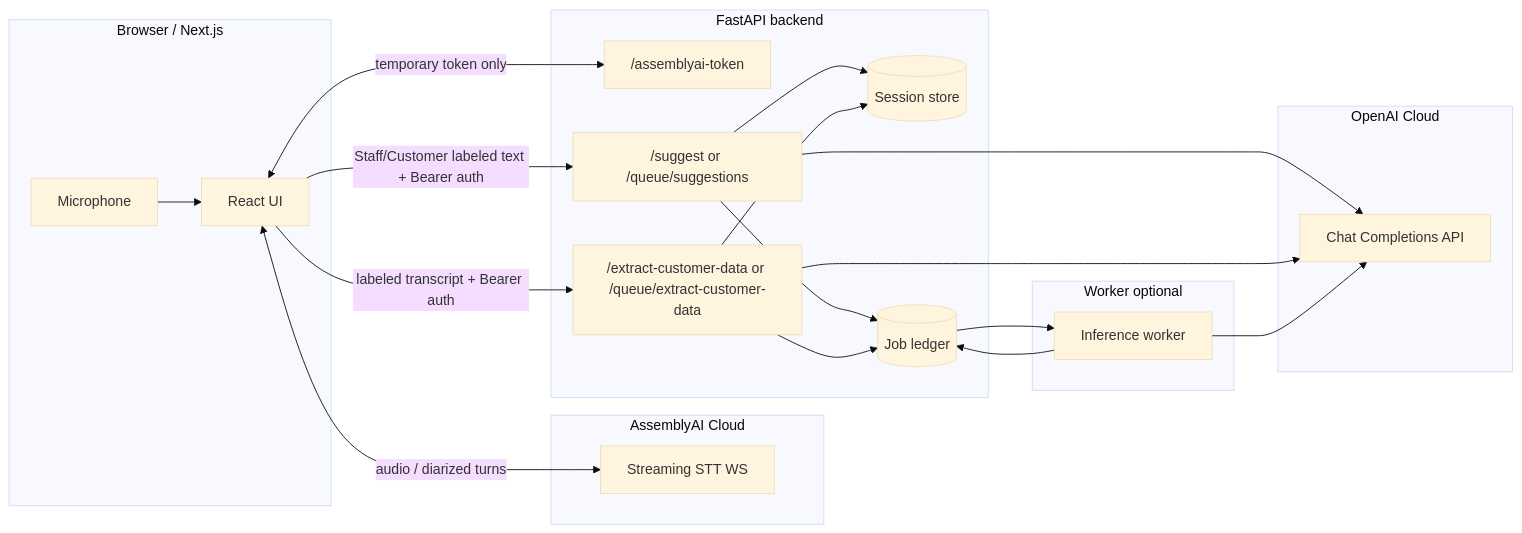
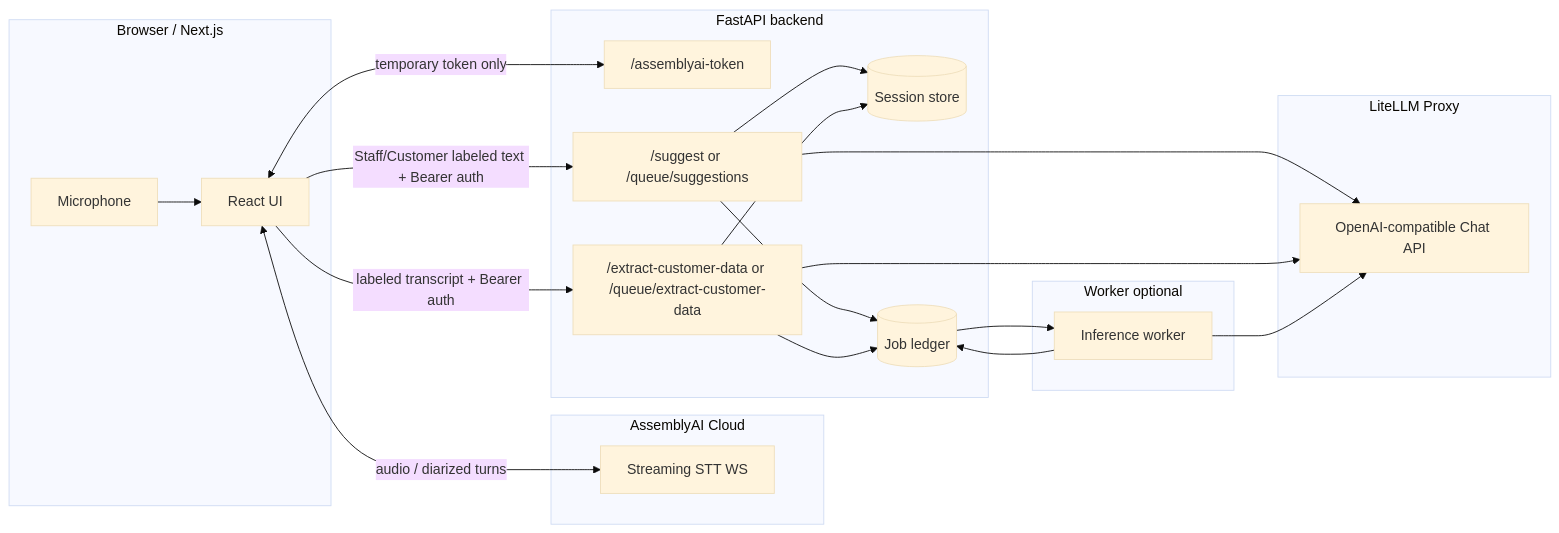
The diagram in docs/DATA_SCIENCE_AND_OPS.md (bhavesh-chainani/realtime-conversation-intelligence), drawn with Mermaid (base theme) before and after one commit. The commit also changed other lines of this file and 21 other files, not shown here.

````diff
--- a/docs/DATA_SCIENCE_AND_OPS.md
+++ b/docs/DATA_SCIENCE_AND_OPS.md
@@ -30,42 +31,42 @@
 ```mermaid
 flowchart LR
   subgraph client [Browser / Next.js]
     Mic[Microphone]
     UI[React UI]
   end
 
   subgraph stt [AssemblyAI Cloud]
     AAI_WS[Streaming STT WS]
   end
 
   subgraph api [FastAPI backend]
     Token["/assemblyai-token"]
     Suggest["/suggest or /queue/suggestions"]
     Extract["/extract-customer-data or /queue/extract-customer-data"]
     Store[(Session store)]
     Jobs[(Job ledger)]
   end
 
-  subgraph llm [OpenAI Cloud]
-    OAI[Chat Completions API]
+  subgraph llm [LiteLLM Proxy]
+    OAI[OpenAI-compatible Chat API]
   end
 
   subgraph worker [Worker optional]
     W[Inference worker]
   end
 
   Mic --> UI
   UI <-->|temporary token only| Token
   UI <-->|audio / diarized turns| AAI_WS
   UI -->|Staff/Customer labeled text + Bearer auth| Suggest
   UI -->|labeled transcript + Bearer auth| Extract
   Suggest --> OAI
   Extract --> OAI
   Suggest --> Store
   Extract --> Store
   Suggest --> Jobs
   Extract --> Jobs
   Jobs --> W
   W --> OAI
   W --> Jobs
 ```
````
